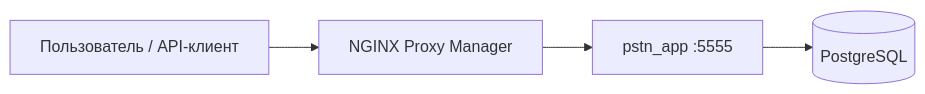
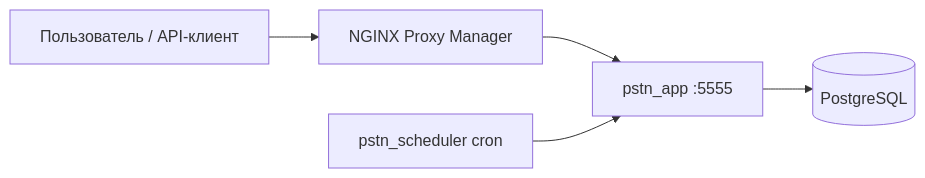
One commit to finenumbers/pstn changed the diagram in README.md. Above: the diagram before and after it, drawn with Mermaid. The commit also changed other lines of this file and 70 other files, not shown here.

````diff
--- a/README.md
+++ b/README.md
@@ -18,11 +18,13 @@
 ```mermaid
 flowchart LR
   user[Пользователь / API-клиент]
   npm[NGINX Proxy Manager]
   app[pstn_app :5555]
+  sched[pstn_scheduler cron]
   pg[(PostgreSQL)]
 
   user --> npm
   npm --> app
+  sched --> app
   app --> pg
 ```
````
